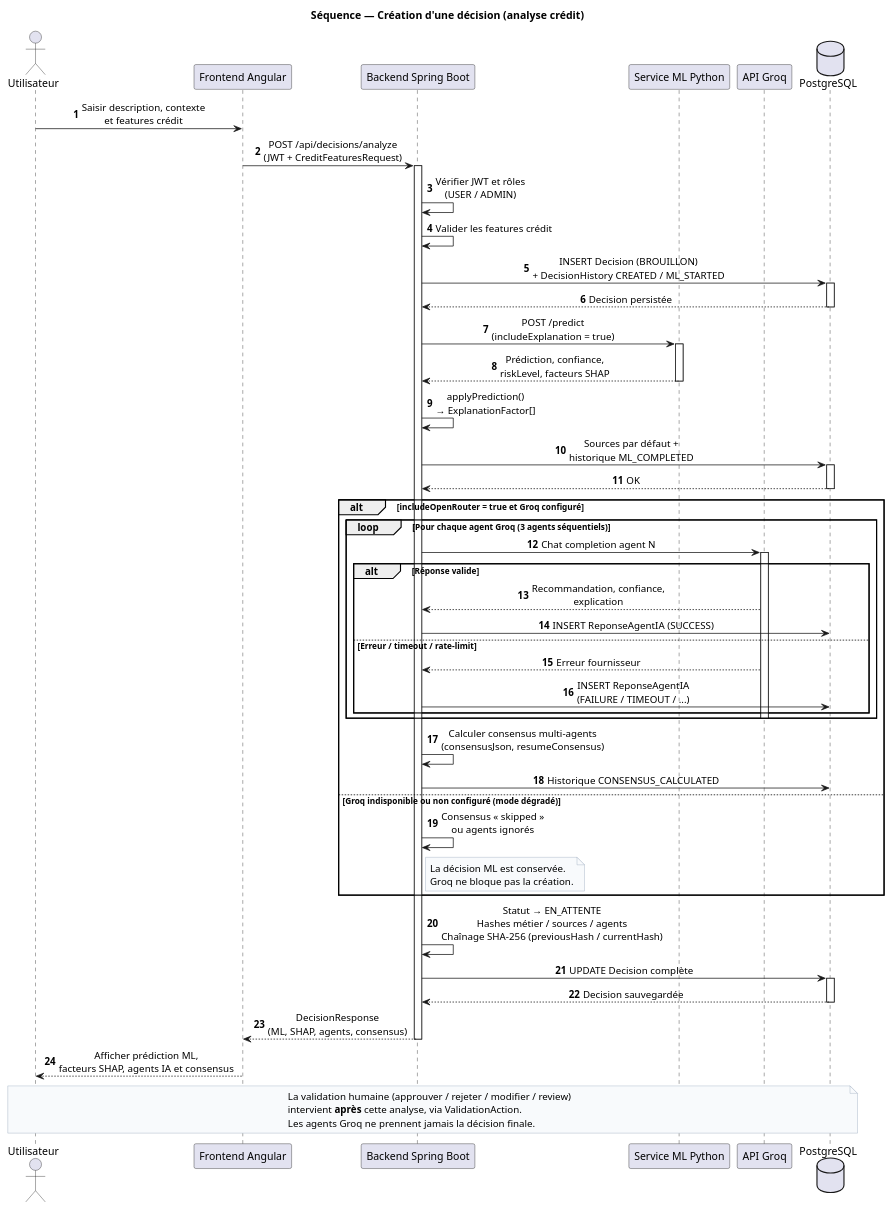
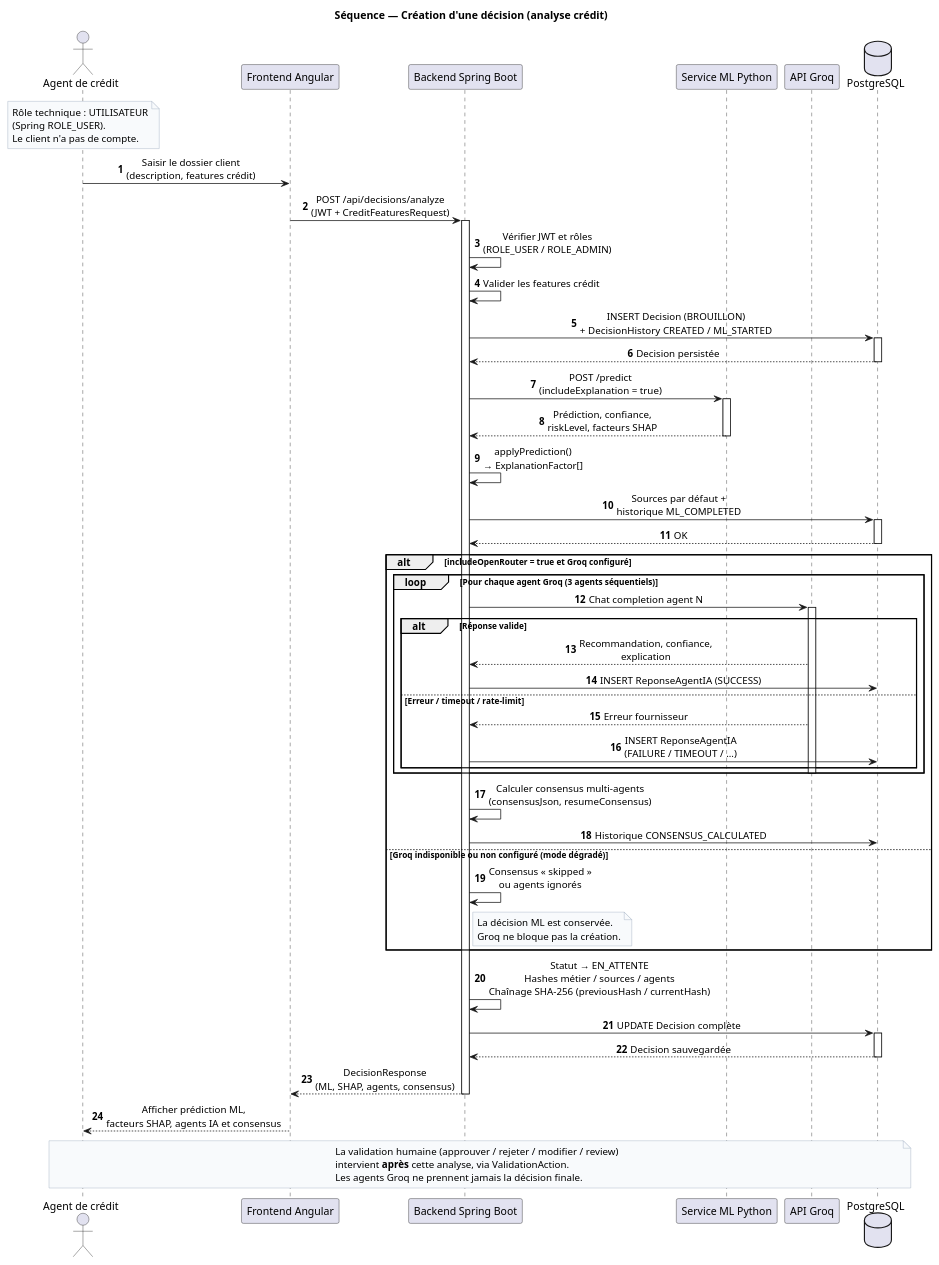
The diagram in docs/uml/sequence-creation-decision.puml (Yahyafl3/tracabilite-ia), drawn with PlantUML before and after one commit. The commit also changed 22 other files, not shown here.

Commit message:
fix(roles): clarify USER as internal credit agent

```diff
--- a/docs/uml/sequence-creation-decision.puml
+++ b/docs/uml/sequence-creation-decision.puml
@@ -1,80 +1,86 @@
 @startuml sequence-creation-decision
 autonumber
 skinparam shadowing false
 skinparam sequenceMessageAlign center
 skinparam noteBackgroundColor #F8FAFC
 skinparam noteBorderColor #94A3B8
 
 title Séquence — Création d'une décision (analyse crédit)
 
-actor "Utilisateur" as User
+actor "Agent de crédit" as User
 participant "Frontend Angular" as FE
 participant "Backend Spring Boot" as BE
 participant "Service ML Python" as ML
 participant "API Groq" as Groq
 database "PostgreSQL" as DB
 
-User -> FE : Saisir description, contexte\net features crédit
+note over User
+  Rôle technique : UTILISATEUR
+  (Spring ROLE_USER).
+  Le client n'a pas de compte.
+end note
+
+User -> FE : Saisir le dossier client\n(description, features crédit)
 FE -> BE : POST /api/decisions/analyze\n(JWT + CreditFeaturesRequest)
 activate BE
 
-BE -> BE : Vérifier JWT et rôles\n(USER / ADMIN)
+BE -> BE : Vérifier JWT et rôles\n(ROLE_USER / ROLE_ADMIN)
 BE -> BE : Valider les features crédit
 
 BE -> DB : INSERT Decision (BROUILLON)\n+ DecisionHistory CREATED / ML_STARTED
 activate DB
 DB --> BE : Decision persistée
 deactivate DB
 
 BE -> ML : POST /predict\n(includeExplanation = true)
 activate ML
 ML --> BE : Prédiction, confiance,\nriskLevel, facteurs SHAP
 deactivate ML
 
 BE -> BE : applyPrediction()\n→ ExplanationFactor[]
 BE -> DB : Sources par défaut +\nhistorique ML_COMPLETED
 activate DB
 DB --> BE : OK
 deactivate DB
 
 alt includeOpenRouter = true et Groq configuré
   loop Pour chaque agent Groq (3 agents séquentiels)
     BE -> Groq : Chat completion agent N
     activate Groq
     alt Réponse valide
       Groq --> BE : Recommandation, confiance,\nexplication
       BE -> DB : INSERT ReponseAgentIA (SUCCESS)
     else Erreur / timeout / rate-limit
       Groq --> BE : Erreur fournisseur
       BE -> DB : INSERT ReponseAgentIA\n(FAILURE / TIMEOUT / ...)
     end
     deactivate Groq
   end
   BE -> BE : Calculer consensus multi-agents\n(consensusJson, resumeConsensus)
   BE -> DB : Historique CONSENSUS_CALCULATED
 else Groq indisponible ou non configuré (mode dégradé)
   BE -> BE : Consensus « skipped »\nou agents ignorés
   note right of BE
     La décision ML est conservée.
     Groq ne bloque pas la création.
   end note
 end
 
 BE -> BE : Statut → EN_ATTENTE\nHashes métier / sources / agents\nChaînage SHA-256 (previousHash / currentHash)
 BE -> DB : UPDATE Decision complète
 activate DB
 DB --> BE : Decision sauvegardée
 deactivate DB
 
 BE --> FE : DecisionResponse\n(ML, SHAP, agents, consensus)
 deactivate BE
 
 FE --> User : Afficher prédiction ML,\nfacteurs SHAP, agents IA et consensus
 
 note over User, DB
   La validation humaine (approuver / rejeter / modifier / review)
   intervient **après** cette analyse, via ValidationAction.
   Les agents Groq ne prennent jamais la décision finale.
 end note
 
 @enduml
```
